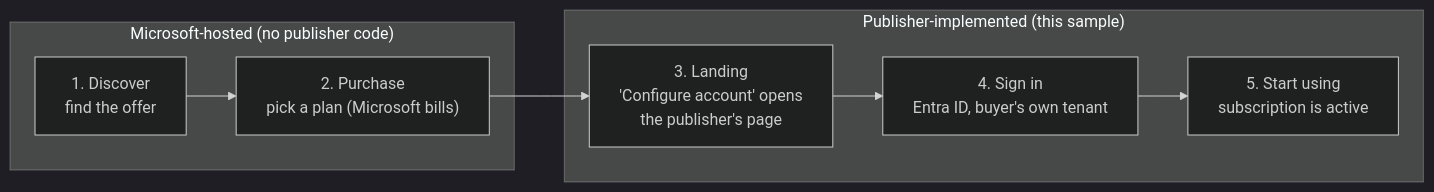
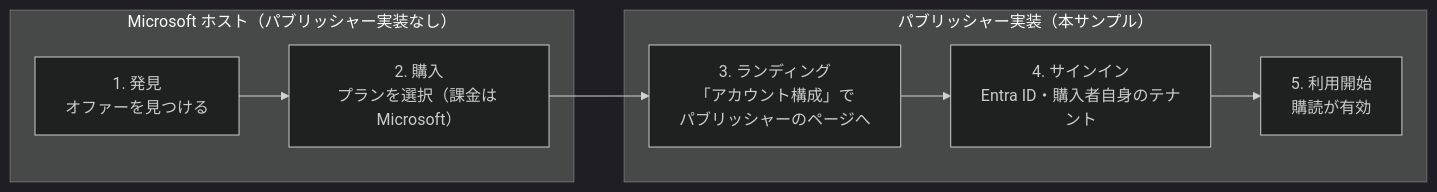
Before and after one commit to MamoruKuroda/marketplace-saas-agent-sample: the first of 4 diagrams in docs/walkthrough.ja.md, drawn with Mermaid (dark theme). The commit also changed other lines of this file and 2 other files, not shown here.

First line of the commit message:
docs(ja): localize Mermaid diagram labels into natural Japanese (#22)

````diff
--- a/docs/walkthrough.ja.md
+++ b/docs/walkthrough.ja.md
@@ -42,16 +42,16 @@
 ```mermaid
 flowchart LR
-    D["1. Discover<br/>find the offer"] --> P["2. Purchase<br/>pick a plan (Microsoft bills)"]
-    P --> L["3. Landing<br/>'Configure account' opens<br/>the publisher's page"]
-    L --> S["4. Sign in<br/>Entra ID, buyer's own tenant"]
-    S --> U["5. Start using<br/>subscription is active"]
-    subgraph MS["Microsoft-hosted (no publisher code)"]
+    D["1. 発見<br/>オファーを見つける"] --> P["2. 購入<br/>プランを選択（課金は Microsoft）"]
+    P --> L["3. ランディング<br/>「アカウント構成」で<br/>パブリッシャーのページへ"]
+    L --> S["4. サインイン<br/>Entra ID・購入者自身のテナント"]
+    S --> U["5. 利用開始<br/>購読が有効"]
+    subgraph MS["Microsoft ホスト（パブリッシャー実装なし）"]
         D
         P
     end
-    subgraph PUB["Publisher-implemented (this sample)"]
+    subgraph PUB["パブリッシャー実装（本サンプル）"]
         L
         S
         U
     end
 ```
````
